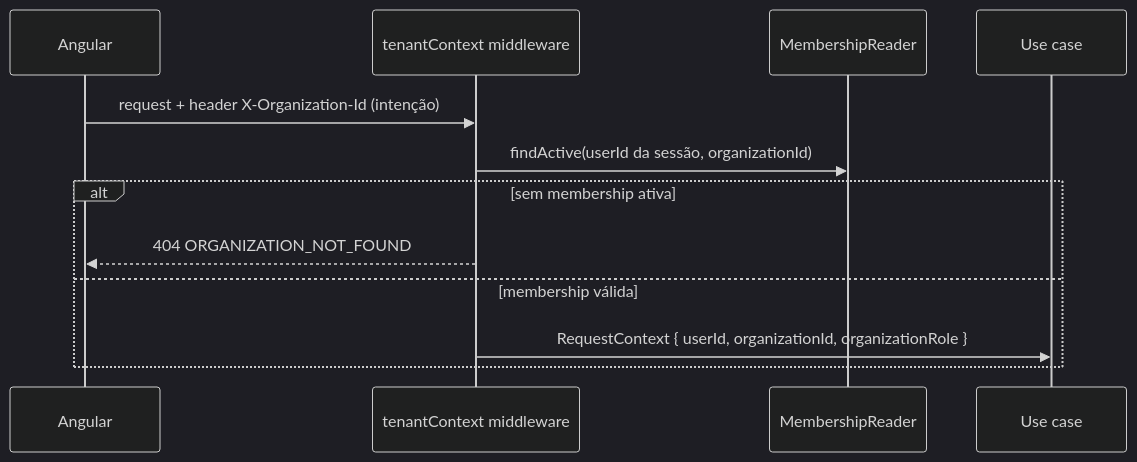
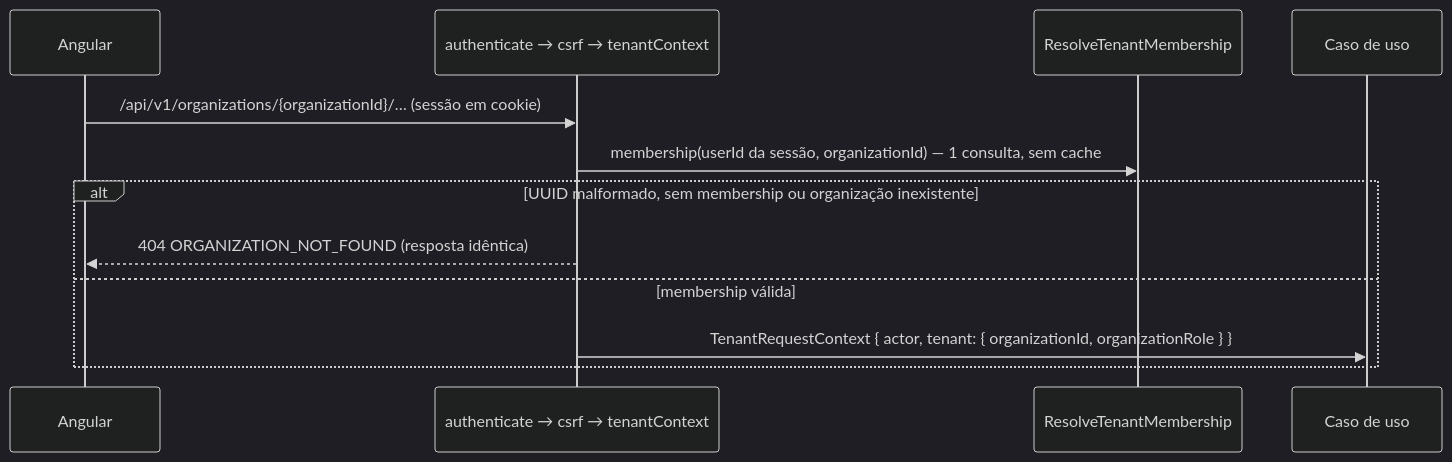
One commit to gutomelo/taskflow changed the diagram in docs/security/multi-tenancy.md. Above: the diagram before and after it, drawn with Mermaid (dark theme). The commit also changed other lines of this file and 105 other files, not shown here.

````diff
--- a/docs/security/multi-tenancy.md
+++ b/docs/security/multi-tenancy.md
@@ -13,15 +15,15 @@
 ```mermaid
 sequenceDiagram
     participant UI as Angular
-    participant MW as tenantContext middleware
-    participant M as MembershipReader
-    participant UC as Use case
+    participant MW as authenticate → csrf → tenantContext
+    participant R as ResolveTenantMembership
+    participant UC as Caso de uso
 
-    UI->>MW: request + header X-Organization-Id (intenção)
-    MW->>M: findActive(userId da sessão, organizationId)
-    alt sem membership ativa
-        MW-->>UI: 404 ORGANIZATION_NOT_FOUND
+    UI->>MW: /api/v1/organizations/{organizationId}/… (sessão em cookie)
+    MW->>R: membership(userId da sessão, organizationId) — 1 consulta, sem cache
+    alt UUID malformado, sem membership ou organização inexistente
+        MW-->>UI: 404 ORGANIZATION_NOT_FOUND (resposta idêntica)
     else membership válida
-        MW->>UC: RequestContext { userId, organizationId, organizationRole }
+        MW->>UC: TenantRequestContext { actor, tenant: { organizationId, organizationRole } }
     end
 ```
````
